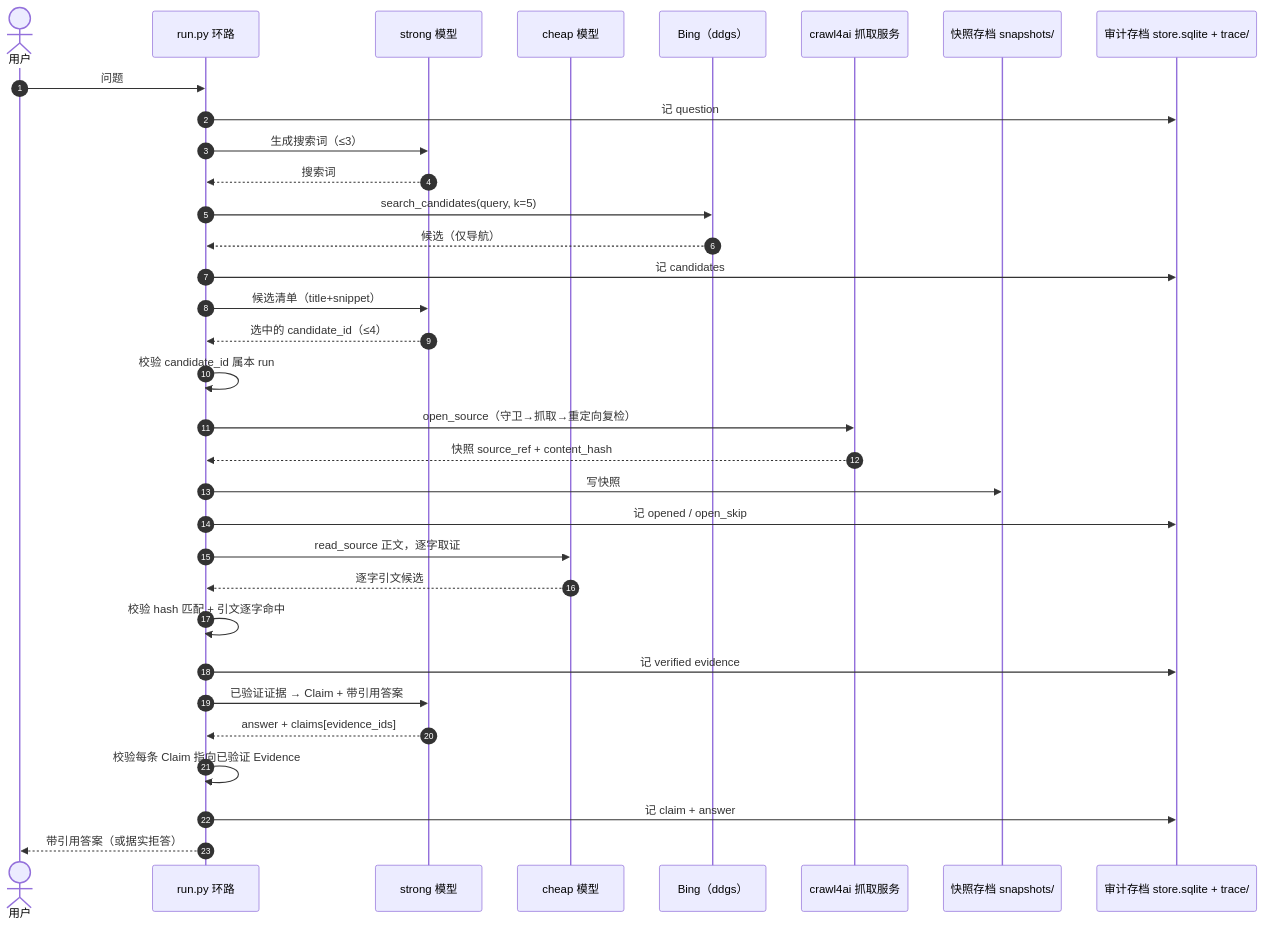
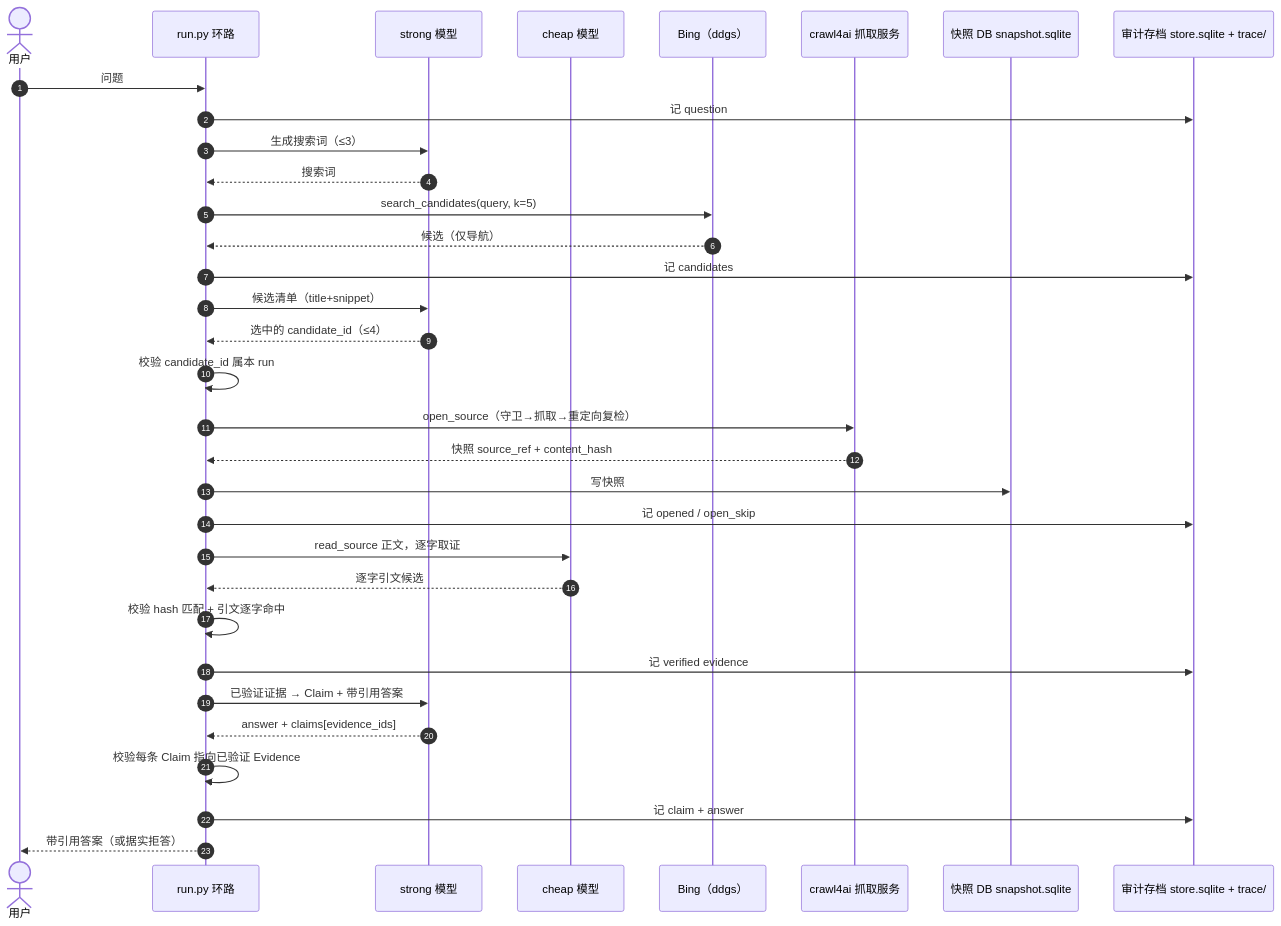
The second of 2 diagrams in docs/web-search-architecture.md (SuperCatQR/traceable-research-runtime), drawn with Mermaid before and after one commit. The commit also changed other lines of this file, not shown here.

Commit message:
docs(web-search): 接口层设计:snapshot.sqlite+store.py/snapshot.py隔离DB访问

````diff
--- a/docs/web-search-architecture.md
+++ b/docs/web-search-architecture.md
@@ -138,36 +144,36 @@
 ```mermaid
 sequenceDiagram
     autonumber
     actor U as 用户
     participant R as run.py 环路
     participant S as strong 模型
     participant C as cheap 模型
     participant SE as Bing（ddgs）
     participant CR as crawl4ai 抓取服务
-    participant SNAP as 快照存档 snapshots/
+    participant SNAP as 快照 DB snapshot.sqlite
     participant AUD as 审计存档 store.sqlite + trace/
 
     U->>R: 问题
     R->>AUD: 记 question
     R->>S: 生成搜索词（≤3）
     S-->>R: 搜索词
     R->>SE: search_candidates(query, k=5)
     SE-->>R: 候选（仅导航）
     R->>AUD: 记 candidates
     R->>S: 候选清单（title+snippet）
     S-->>R: 选中的 candidate_id（≤4）
     R->>R: 校验 candidate_id 属本 run
     R->>CR: open_source（守卫→抓取→重定向复检）
     CR-->>R: 快照 source_ref + content_hash
     R->>SNAP: 写快照
     R->>AUD: 记 opened / open_skip
     R->>C: read_source 正文，逐字取证
     C-->>R: 逐字引文候选
     R->>R: 校验 hash 匹配 + 引文逐字命中
     R->>AUD: 记 verified evidence
     R->>S: 已验证证据 → Claim + 带引用答案
     S-->>R: answer + claims[evidence_ids]
     R->>R: 校验每条 Claim 指向已验证 Evidence
     R->>AUD: 记 claim + answer
     R-->>U: 带引用答案（或据实拒答）
 ```
````
